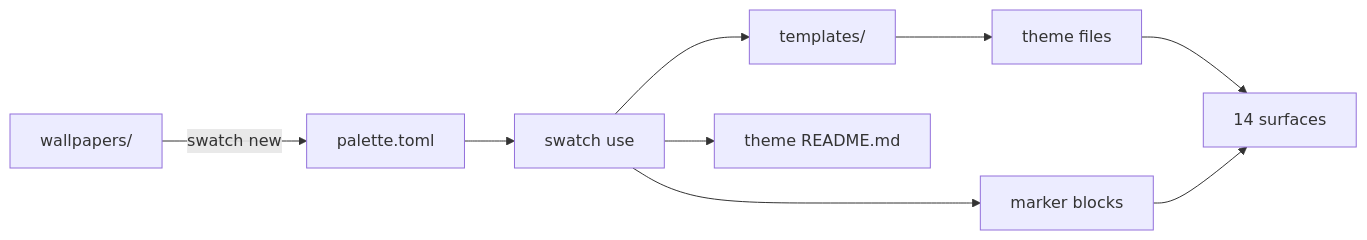
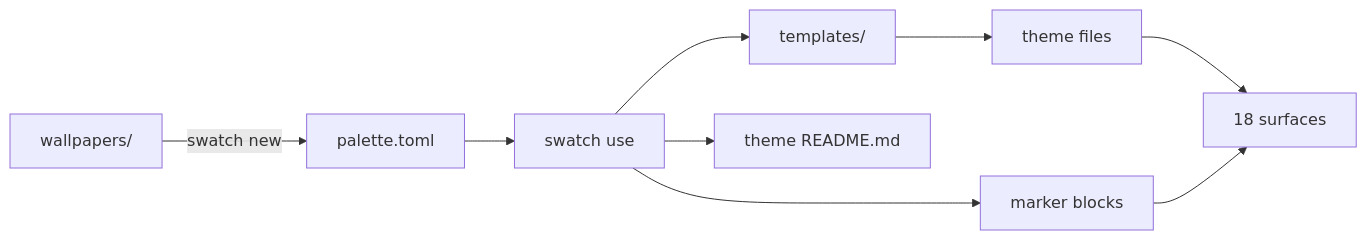
The diagram in README.md (nitrimandylis/swatch), drawn with Mermaid before and after one commit. The commit also changed other lines of this file and 5 other files, not shown here.

````diff
--- a/README.md
+++ b/README.md
@@ -176,11 +181,11 @@
 ```mermaid
 flowchart LR
     W[wallpapers/] -->|swatch new| P[palette.toml]
     P --> R[swatch use]
     R --> T[templates/]
     T --> F[theme files]
     R --> M[marker blocks]
-    F --> A[14 surfaces]
+    F --> A[18 surfaces]
     M --> A
     R --> D[theme README.md]
 ```
````
